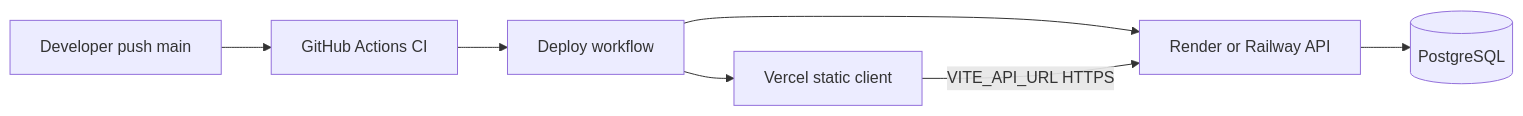
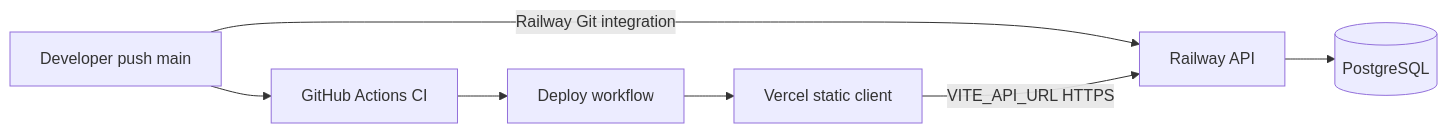
The ninth of 10 diagrams in docs/02_architecture_diagrams.md (akshatha-22/chatbot-widget), drawn with Mermaid before and after one commit. The commit also changed other lines of this file and 5 other files, not shown here.

Commit message:
Align docs folder with actual codebase (except ARCHITECTURE.md)

````diff
--- a/docs/02_architecture_diagrams.md
+++ b/docs/02_architecture_diagrams.md
@@ -216,15 +217,15 @@
 ```mermaid
 flowchart LR
     Dev[Developer push main]
     CI[GitHub Actions CI]
     Deploy[Deploy workflow]
     Vercel[Vercel static client]
-    Render[Render or Railway API]
+    Railway[Railway API]
     PG[(PostgreSQL)]
 
     Dev --> CI --> Deploy
     Deploy --> Vercel
-    Deploy --> Render
-    Render --> PG
-    Vercel -->|VITE_API_URL HTTPS| Render
+    Dev -->|Railway Git integration| Railway
+    Railway --> PG
+    Vercel -->|VITE_API_URL HTTPS| Railway
 ```
````
